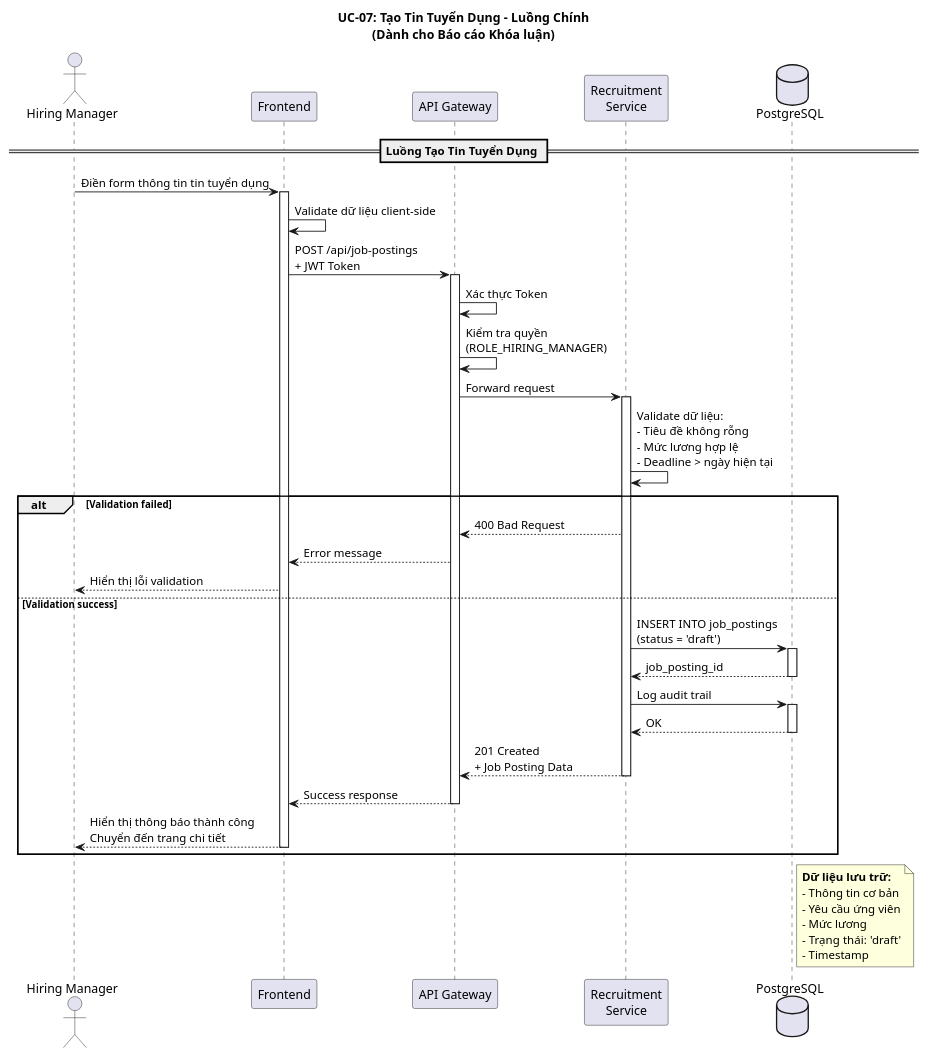
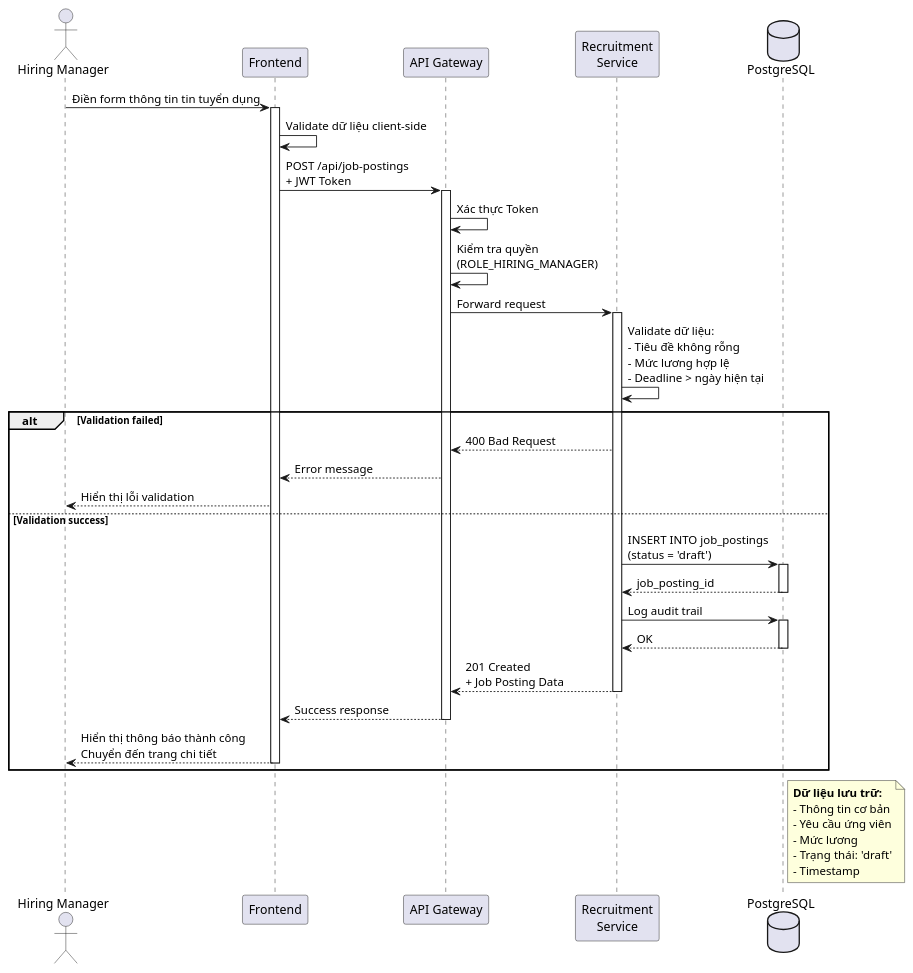
The diagram in sequence/UC-07/UC-07-simple-sequence.wsd (felix-253/TechLeet-server), drawn with PlantUML before and after one commit. The commit also changed 3 other files, not shown here.

```diff
--- a/sequence/UC-07/UC-07-simple-sequence.wsd
+++ b/sequence/UC-07/UC-07-simple-sequence.wsd
@@ -1,66 +1,64 @@
 @startuml UC-07: Tạo Tin Tuyển Dụng (Simplified)
 
 
 
-title UC-07: Tạo Tin Tuyển Dụng - Luồng Chính\n(Dành cho Báo cáo Khóa luận)
 
 actor "Hiring Manager" as HM
 participant "Frontend" as FE
 participant "API Gateway" as GW
 participant "Recruitment\nService" as RS
 database "PostgreSQL" as DB
 
-== Luồng Tạo Tin Tuyển Dụng ==
 
 HM -> FE: Điền form thông tin tin tuyển dụng
 activate FE
 
 FE -> FE: Validate dữ liệu client-side
 
 FE -> GW: POST /api/job-postings\n+ JWT Token
 activate GW
 
 GW -> GW: Xác thực Token
 GW -> GW: Kiểm tra quyền\n(ROLE_HIRING_MANAGER)
 
 GW -> RS: Forward request
 activate RS
 
 RS -> RS: Validate dữ liệu:\n- Tiêu đề không rỗng\n- Mức lương hợp lệ\n- Deadline > ngày hiện tại
 
 alt Validation failed
     RS --> GW: 400 Bad Request
     GW --> FE: Error message
     FE --> HM: Hiển thị lỗi validation
     
 else Validation success
     RS -> DB: INSERT INTO job_postings\n(status = 'draft')
     activate DB
     DB --> RS: job_posting_id
     deactivate DB
     
     RS -> DB: Log audit trail
     activate DB
     DB --> RS: OK
     deactivate DB
     
     RS --> GW: 201 Created\n+ Job Posting Data
     deactivate RS
     
     GW --> FE: Success response
     deactivate GW
     
     FE --> HM: Hiển thị thông báo thành công\nChuyển đến trang chi tiết
     deactivate FE
 end
 
 note right of DB
   **Dữ liệu lưu trữ:**
   - Thông tin cơ bản
   - Yêu cầu ứng viên
   - Mức lương
   - Trạng thái: 'draft'
   - Timestamp
 end note
 
 @enduml
```
